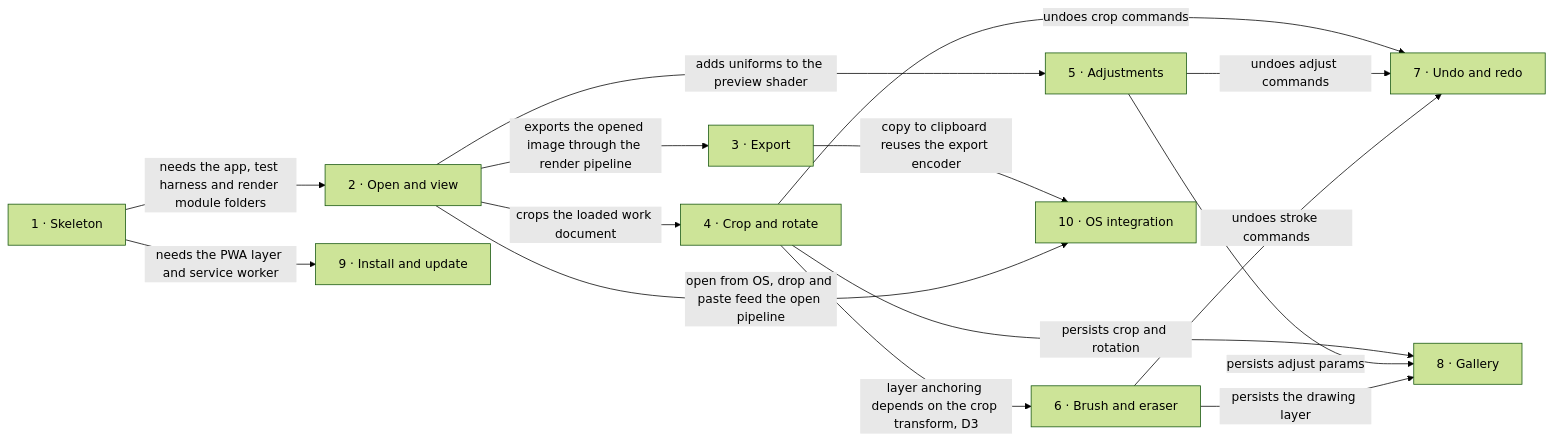
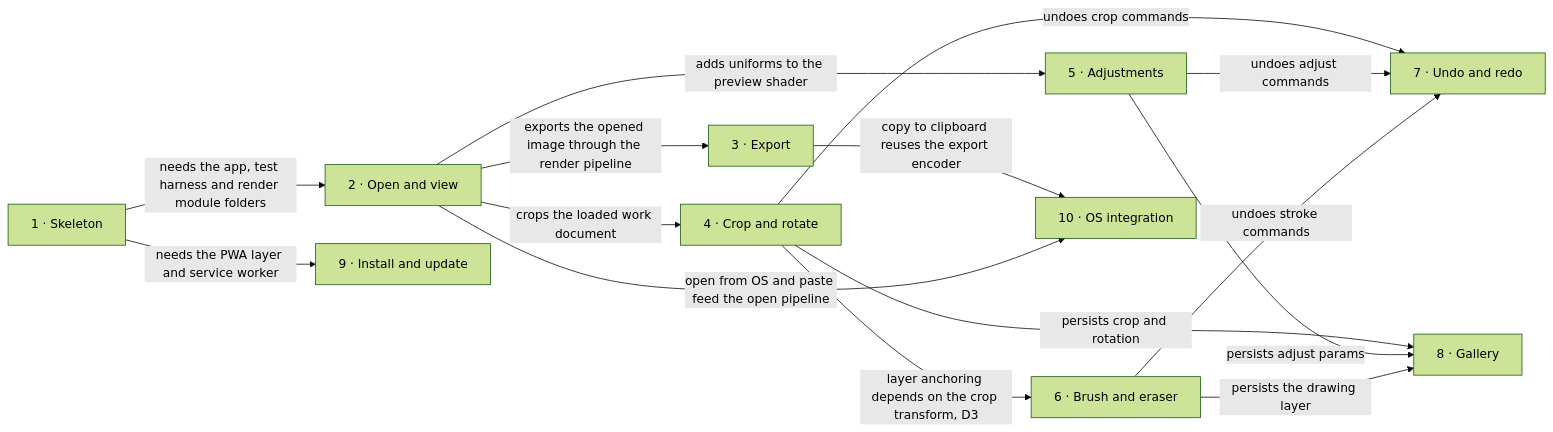
Before and after one commit to Blazheiko/imgly: the diagram in docs/roadmap.md, drawn with Mermaid (forest theme). The commit also changed other lines of this file and 4 other files, not shown here.

````diff
--- a/docs/roadmap.md
+++ b/docs/roadmap.md
@@ -68,17 +69,17 @@
 ```mermaid
 flowchart LR
   s1["1 · Skeleton"] -->|needs the app, test harness and render module folders| s2["2 · Open and view"]
   s1 -->|needs the PWA layer and service worker| s9["9 · Install and update"]
   s2 -->|exports the opened image through the render pipeline| s3["3 · Export"]
   s2 -->|crops the loaded work document| s4["4 · Crop and rotate"]
   s2 -->|adds uniforms to the preview shader| s5["5 · Adjustments"]
   s4 -->|layer anchoring depends on the crop transform, D3| s6["6 · Brush and eraser"]
   s4 -->|undoes crop commands| s7["7 · Undo and redo"]
   s5 -->|undoes adjust commands| s7
   s6 -->|undoes stroke commands| s7
   s4 -->|persists crop and rotation| s8["8 · Gallery"]
   s5 -->|persists adjust params| s8
   s6 -->|persists the drawing layer| s8
   s3 -->|copy to clipboard reuses the export encoder| s10["10 · OS integration"]
-  s2 -->|open from OS, drop and paste feed the open pipeline| s10
+  s2 -->|open from OS and paste feed the open pipeline| s10
 ```
````
